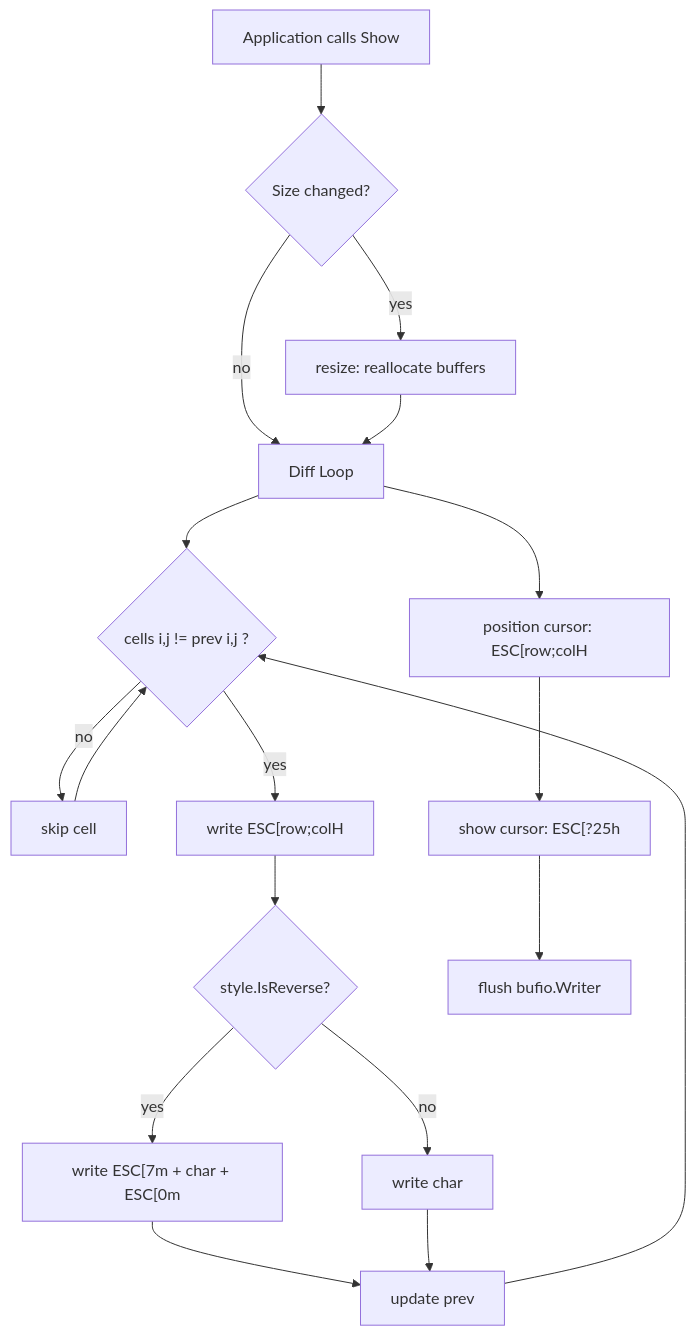
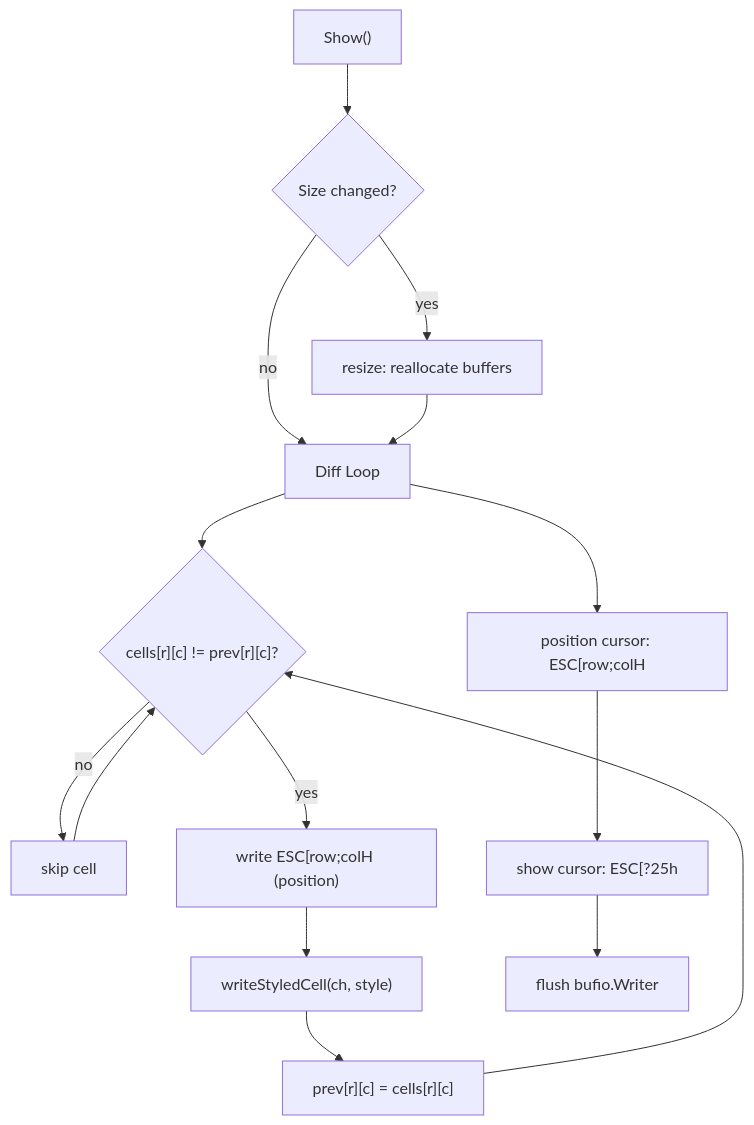
One commit to ryogrid/gomacs changed the sixth of 10 diagrams in impl_docs/terminal.md. Above: the diagram before and after it, drawn with Mermaid. The commit also changed other lines of this file and 4 other files, not shown here.

````diff
--- a/impl_docs/terminal.md
+++ b/impl_docs/terminal.md
@@ -164,20 +231,17 @@
 ```mermaid
 flowchart TD
-    A[Application calls Show] --> B{Size changed?}
+    A["Show()"] --> B{Size changed?}
     B -->|yes| C[resize: reallocate buffers]
     B -->|no| D[Diff Loop]
     C --> D
-    D --> E{cells i,j != prev i,j ?}
+    D --> E{"cells[r][c] != prev[r][c]?"}
     E -->|no| F[skip cell]
-    E -->|yes| G["write ESC[row;colH"]
-    G --> H{style.IsReverse?}
-    H -->|yes| I["write ESC[7m + char + ESC[0m"]
-    H -->|no| J[write char]
-    I --> K[update prev]
-    J --> K
-    K --> E
+    E -->|yes| G["write ESC[row;colH (position)"]
+    G --> H["writeStyledCell(ch, style)"]
+    H --> I["prev[r][c] = cells[r][c]"]
+    I --> E
     F --> E
-    D --> L["position cursor: ESC[row;colH"]
-    L --> M["show cursor: ESC[?25h"]
-    M --> N[flush bufio.Writer]
+    D --> J["position cursor: ESC[row;colH"]
+    J --> K["show cursor: ESC[?25h"]
+    K --> L["flush bufio.Writer"]
 ```
````
